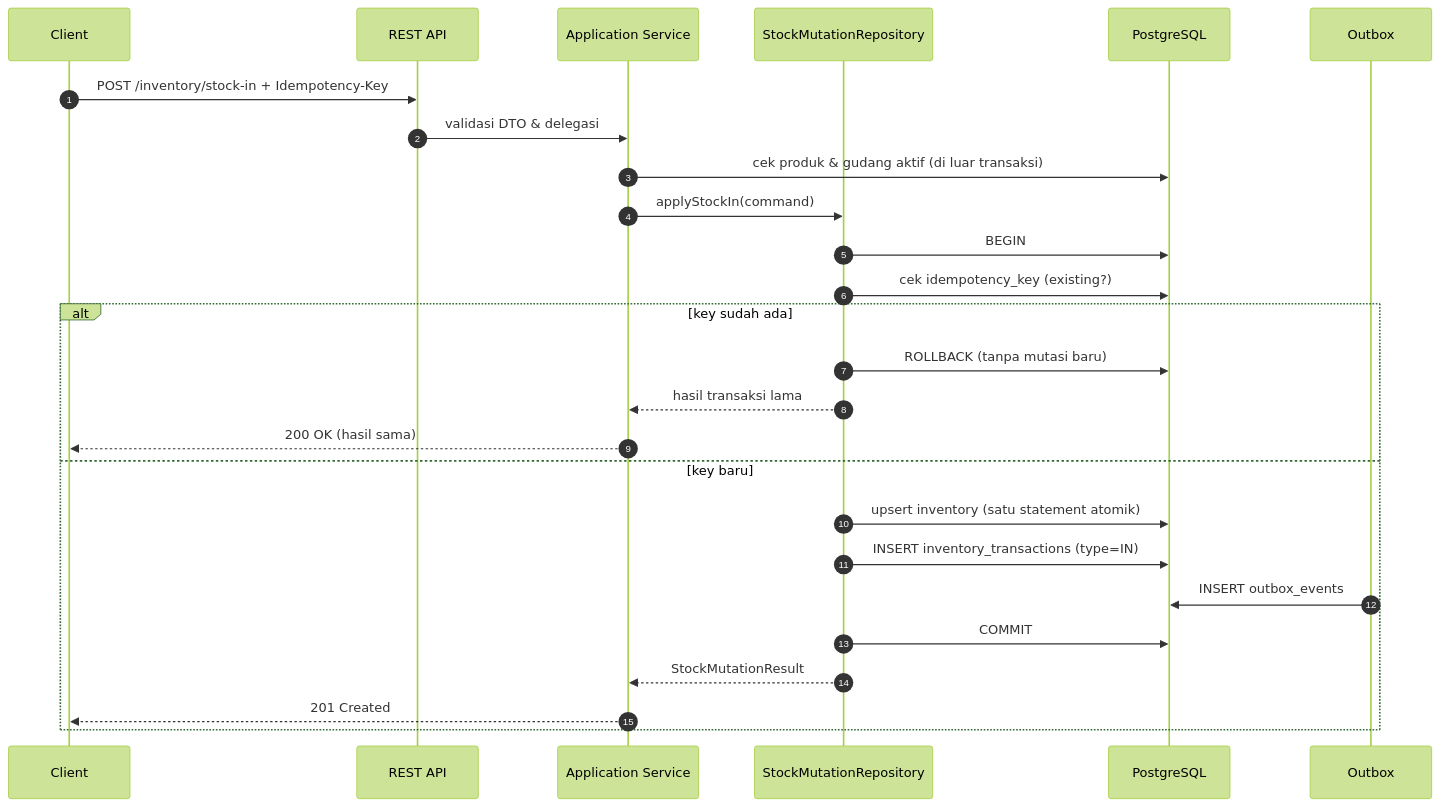
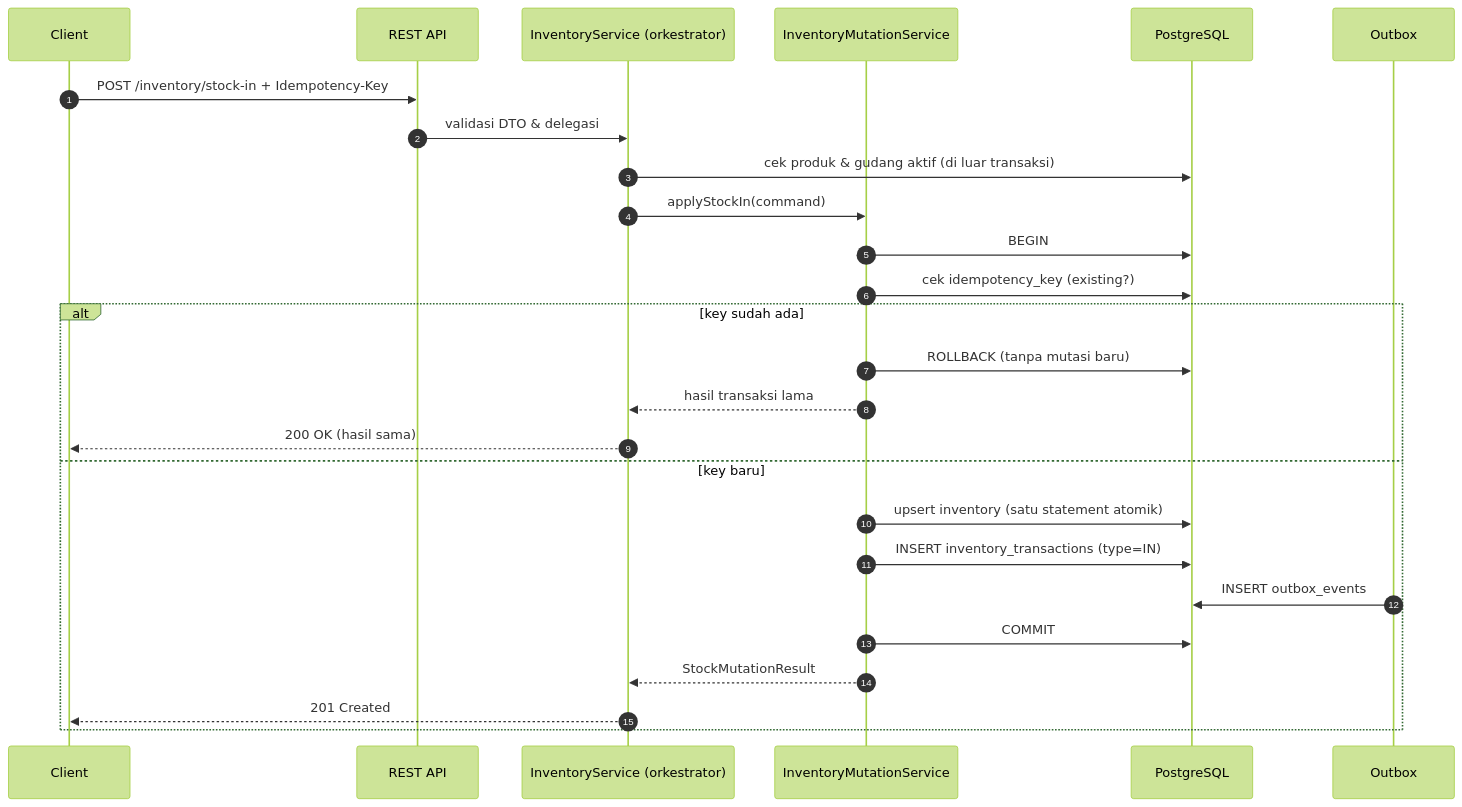
One commit to nvafandi/StockFlow changed the first of 3 diagrams in docs/fsd.md. Above: the diagram before and after it, drawn with Mermaid (forest theme). The commit also changed other lines of this file and 122 other files, not shown here.

````diff
--- a/docs/fsd.md
+++ b/docs/fsd.md
@@ -344,29 +344,29 @@
 ```mermaid
 sequenceDiagram
     autonumber
     participant C as Client
     participant A as REST API
-    participant S as Application Service
-    participant R as StockMutationRepository
+    participant S as InventoryService (orkestrator)
+    participant M as InventoryMutationService
     participant D as PostgreSQL
     participant O as Outbox
 
     C->>A: POST /inventory/stock-in + Idempotency-Key
     A->>S: validasi DTO & delegasi
     S->>D: cek produk & gudang aktif (di luar transaksi)
-    S->>R: applyStockIn(command)
-    R->>D: BEGIN
-    R->>D: cek idempotency_key (existing?)
+    S->>M: applyStockIn(command)
+    M->>D: BEGIN
+    M->>D: cek idempotency_key (existing?)
     alt key sudah ada
-        R->>D: ROLLBACK (tanpa mutasi baru)
-        R-->>S: hasil transaksi lama
+        M->>D: ROLLBACK (tanpa mutasi baru)
+        M-->>S: hasil transaksi lama
         S-->>C: 200 OK (hasil sama)
     else key baru
-        R->>D: upsert inventory (satu statement atomik)
-        R->>D: INSERT inventory_transactions (type=IN)
+        M->>D: upsert inventory (satu statement atomik)
+        M->>D: INSERT inventory_transactions (type=IN)
         O->>D: INSERT outbox_events
-        R->>D: COMMIT
-        R-->>S: StockMutationResult
+        M->>D: COMMIT
+        M-->>S: StockMutationResult
         S-->>C: 201 Created
     end
 ```
````
